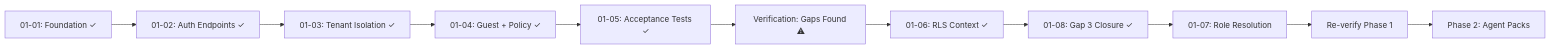
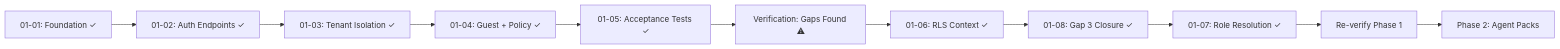
Before and after one commit to hungphongtrn/minerva: the diagram in .planning/STATE.md, drawn with Mermaid. The commit also changed other lines of this file and 1 other file, not shown here.

````diff
--- a/.planning/STATE.md
+++ b/.planning/STATE.md
@@ -18,13 +18,13 @@
 ```mermaid
 flowchart LR
   S1[01-01: Foundation ✓] --> S2[01-02: Auth Endpoints ✓]
   S2 --> S3[01-03: Tenant Isolation ✓]
   S3 --> S4[01-04: Guest + Policy ✓]
   S4 --> S5[01-05: Acceptance Tests ✓]
   S5 --> S6[Verification: Gaps Found ⚠]
   S6 --> S7[01-06: RLS Context ✓]
   S7 --> S8[01-08: Gap 3 Closure ✓]
-  S8 --> S9[01-07: Role Resolution]
+  S8 --> S9[01-07: Role Resolution ✓]
   S9 --> S10[Re-verify Phase 1]
   S10 --> S11[Phase 2: Agent Packs]
 ```
````
